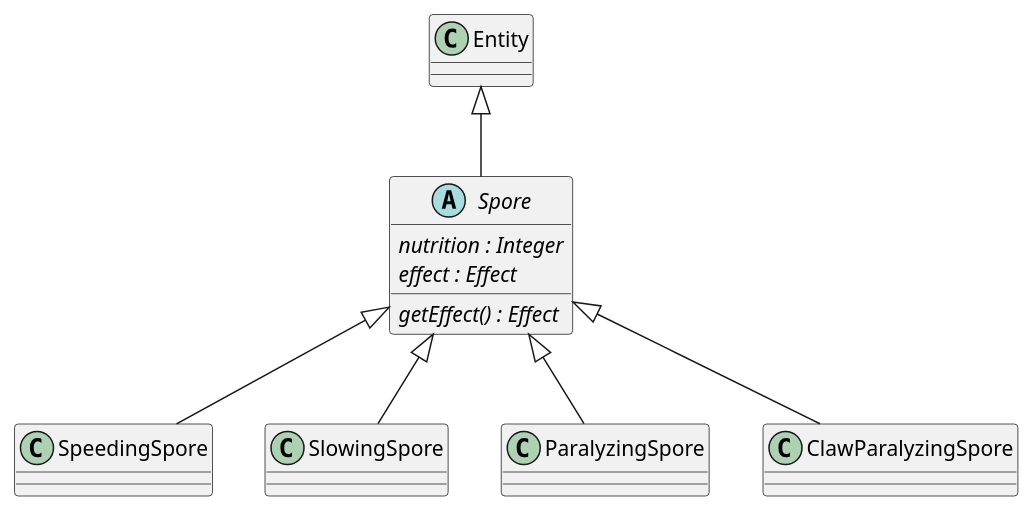
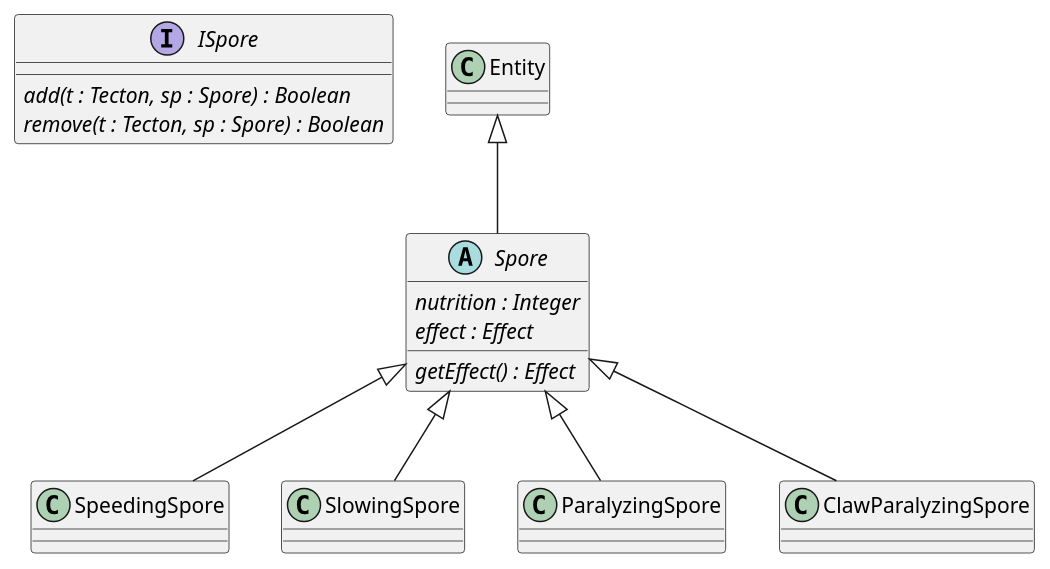
One commit to Petya-G/fungorium changed the diagram in 4/classes/mushroom/spore.puml. Above: the diagram before and after it, drawn with PlantUML. The commit also changed 18 other files, not shown here.

```diff
--- a/4/classes/mushroom/spore.puml
+++ b/4/classes/mushroom/spore.puml
@@ -1,14 +1,19 @@
 @startuml spore
+
+interface ISpore {
+    {abstract} add(t : Tecton, sp : Spore) : Boolean
+    {abstract} remove(t : Tecton, sp : Spore) : Boolean
+}
 
 abstract class Spore extends Entity{
     {abstract} nutrition : Integer
     {abstract} effect : Effect
     {abstract} getEffect() : Effect
 }
 
 class SpeedingSpore extends Spore {}
 class SlowingSpore extends Spore {}
 class ParalyzingSpore extends Spore {}
 class ClawParalyzingSpore extends Spore {}
 
 @enduml
```
